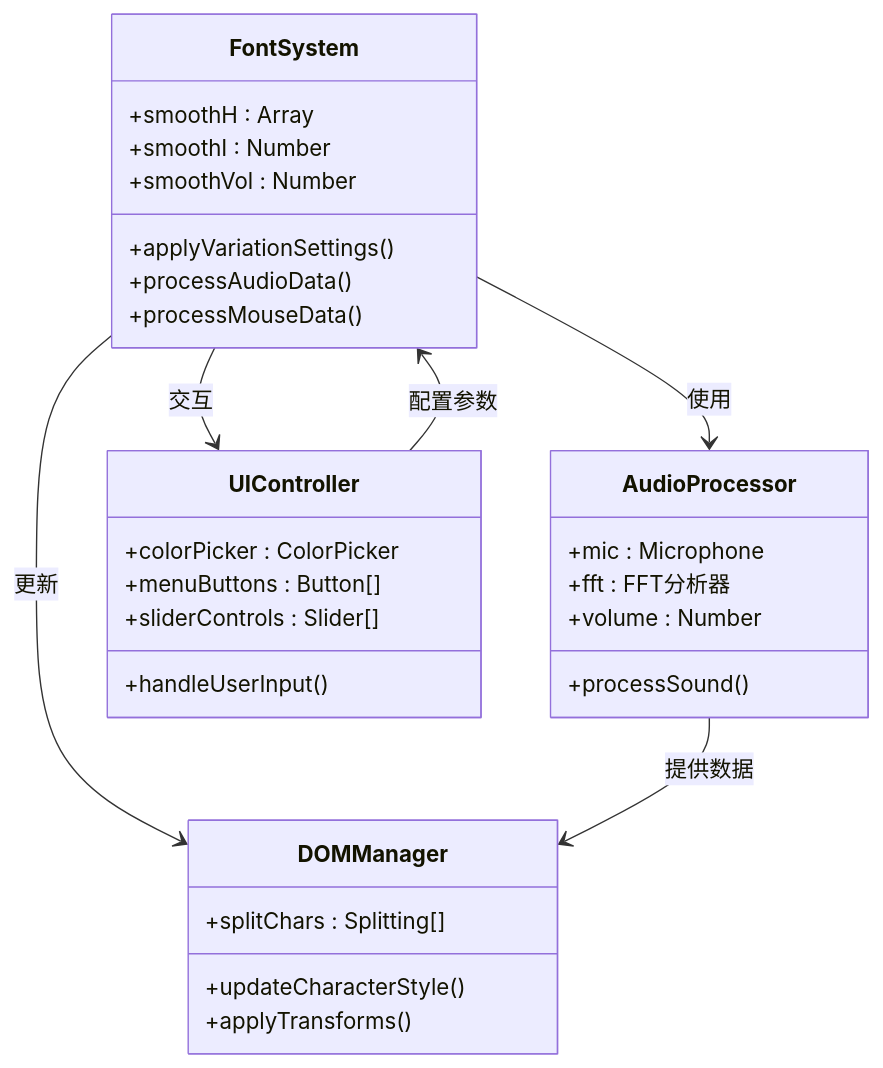
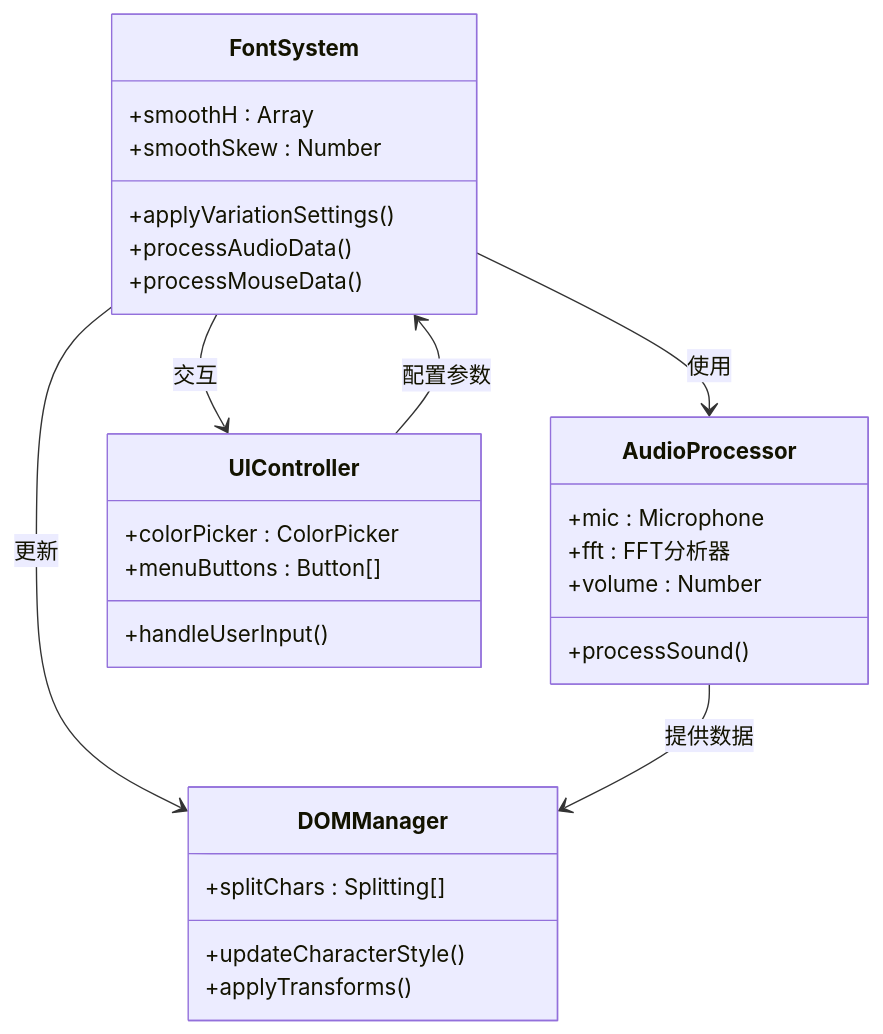
The fourth of 9 diagrams in .qoder/repowiki/zh/content/字体渲染引擎/可变字体系统.md (db300/MySymphosizer), drawn with Mermaid before and after one commit. The commit also changed other lines of this file and 5 other files, not shown here.

````diff
--- a/.qoder/repowiki/zh/content/字体渲染引擎/可变字体系统.md
+++ b/.qoder/repowiki/zh/content/字体渲染引擎/可变字体系统.md
@@ -142,33 +143,31 @@
 ```mermaid
 classDiagram
 class FontSystem {
 +smoothH : Array
-+smoothI : Number
-+smoothVol : Number
++smoothSkew : Number
 +applyVariationSettings()
 +processAudioData()
 +processMouseData()
 }
 class AudioProcessor {
 +mic : Microphone
 +fft : FFT分析器
 +volume : Number
 +processSound()
 }
 class UIController {
 +colorPicker : ColorPicker
 +menuButtons : Button[]
-+sliderControls : Slider[]
 +handleUserInput()
 }
 class DOMManager {
 +splitChars : Splitting[]
 +updateCharacterStyle()
 +applyTransforms()
 }
 FontSystem --> AudioProcessor : 使用
 FontSystem --> UIController : 交互
 FontSystem --> DOMManager : 更新
 AudioProcessor --> DOMManager : 提供数据
 UIController --> FontSystem : 配置参数
 ```
````
